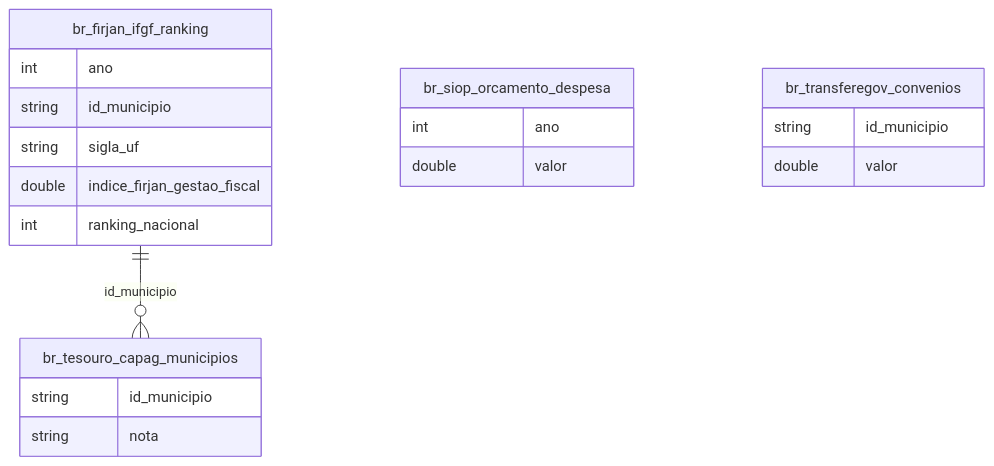
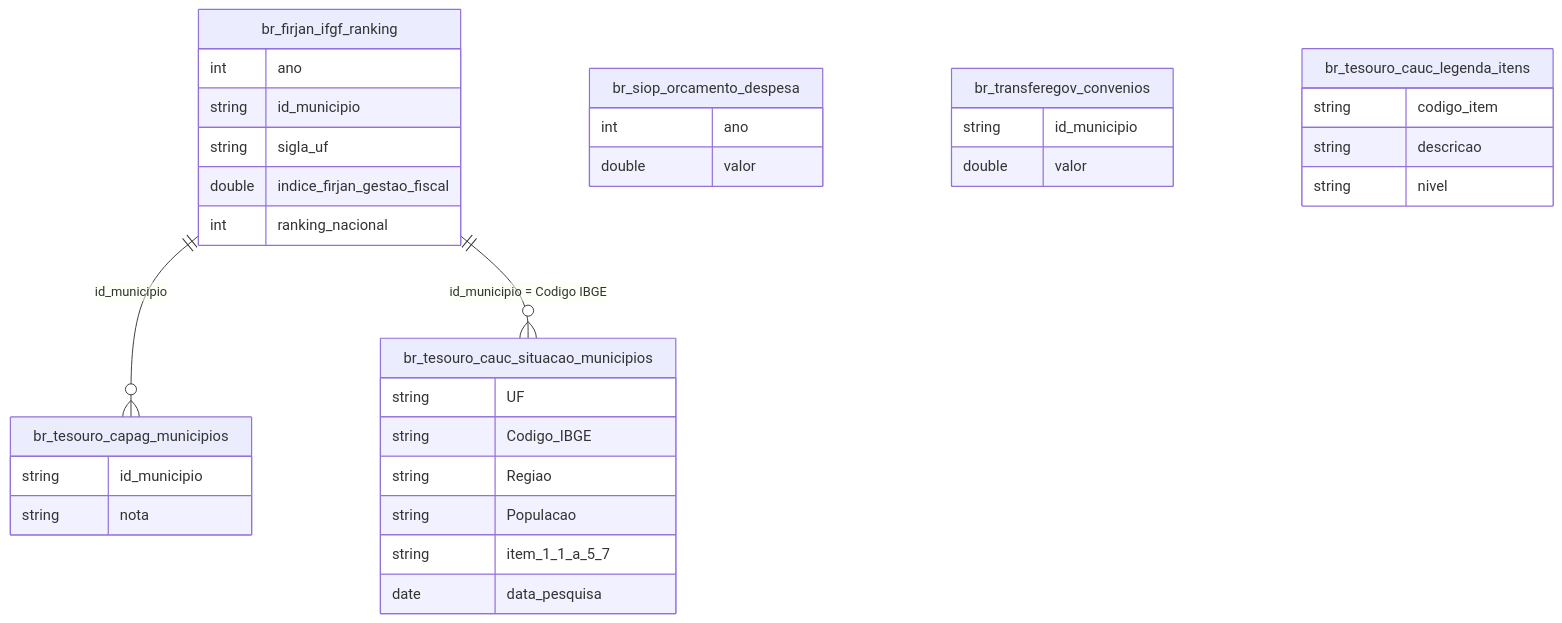
One commit to rafapolo/rodado changed the diagram in docs/mapa/overview/40_federalismo_fiscal.md. Above: the diagram before and after it, drawn with Mermaid. The commit also changed other lines of this file and 135 other files, not shown here.

````diff
--- a/docs/mapa/overview/40_federalismo_fiscal.md
+++ b/docs/mapa/overview/40_federalismo_fiscal.md
@@ -2,14 +2,17 @@
 ```mermaid
 erDiagram
     br_firjan_ifgf_ranking {
         int ano
         string id_municipio
         string sigla_uf
         double indice_firjan_gestao_fiscal
         int ranking_nacional
     }
     br_tesouro_capag_municipios { string id_municipio string nota }
     br_siop_orcamento_despesa { int ano double valor }
     br_transferegov_convenios { string id_municipio double valor }
+    br_tesouro_cauc_situacao_municipios { string UF string Codigo_IBGE string Regiao string Populacao string item_1_1_a_5_7 date data_pesquisa }
+    br_tesouro_cauc_legenda_itens { string codigo_item string descricao string nivel }
     br_firjan_ifgf_ranking ||--o{ br_tesouro_capag_municipios : "id_municipio"
+    br_firjan_ifgf_ranking ||--o{ br_tesouro_cauc_situacao_municipios : "id_municipio = Codigo IBGE"
 ```
````
